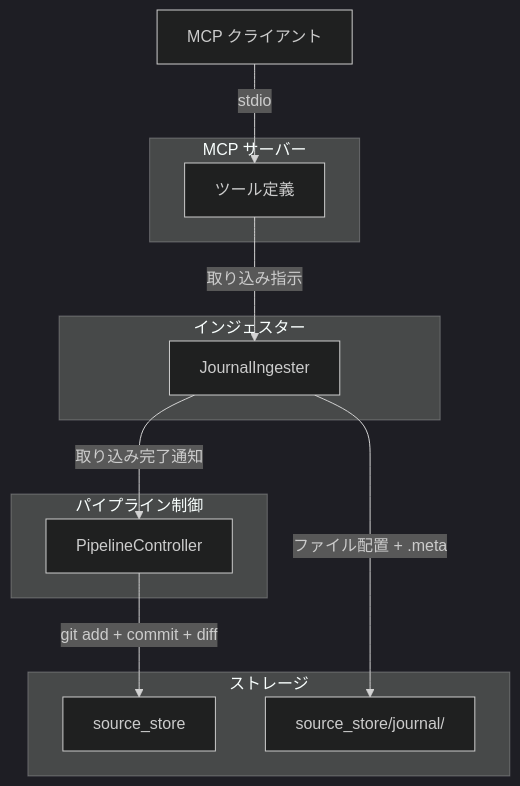
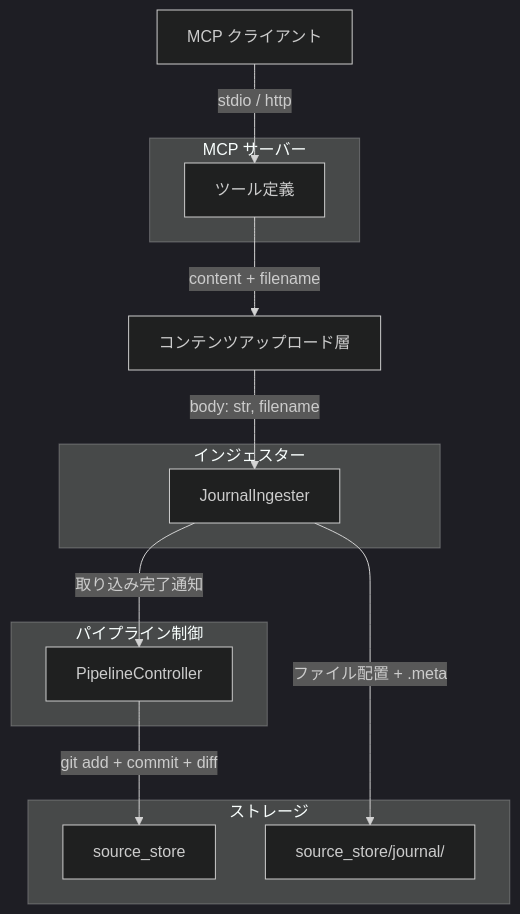
Before and after one commit to becky3/rag-knowledge: the first of 2 diagrams in docs/specs/ingesters/journal.md, drawn with Mermaid (dark theme). The commit also changed other lines of this file and 3 other files, not shown here.

````diff
--- a/docs/specs/ingesters/journal.md
+++ b/docs/specs/ingesters/journal.md
@@ -176,27 +174,28 @@
 ```mermaid
 flowchart TB
     CLIENT["MCP クライアント"]
 
     subgraph MCP["MCP サーバー"]
         TOOLS["ツール定義"]
     end
 
     subgraph Pipeline["パイプライン制御"]
         PC["PipelineController"]
     end
 
     subgraph Ingesters["インジェスター"]
         JING["JournalIngester"]
     end
 
     subgraph Storage["ストレージ"]
         SS["source_store"]
         JOURNAL["source_store/journal/"]
     end
 
-    CLIENT -->|stdio| TOOLS
-    TOOLS -->|取り込み指示| JING
+    CLIENT -->|stdio / http| TOOLS
+    TOOLS -->|content + filename| UL["コンテンツアップロード層"]
+    UL -->|body: str, filename| JING
     JING -->|ファイル配置 + .meta| JOURNAL
     JING -->|取り込み完了通知| PC
     PC -->|git add + commit + diff| SS
 ```
````
